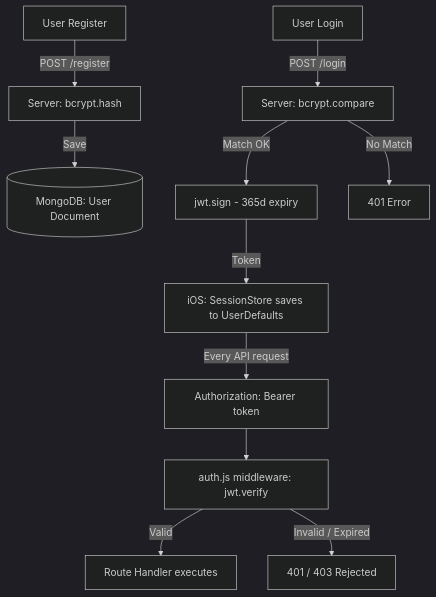
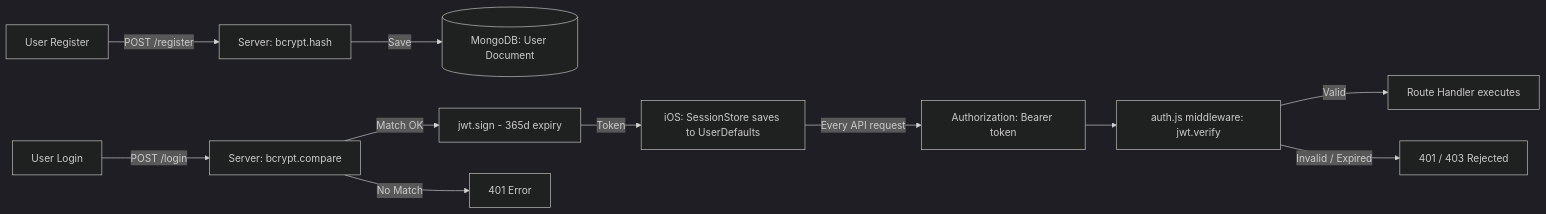
Before and after one commit to denizyakar/SoniApp: the second of 6 diagrams in README.md, drawn with Mermaid (dark theme). The commit also changed other lines of this file, not shown here.

````diff
--- a/README.md
+++ b/README.md
@@ -136,15 +136,15 @@
 ```mermaid
-flowchart TD
+flowchart LR
     A["User Register"] -->|"POST /register"| B["Server: bcrypt.hash"]
     B -->|"Save"| C[("MongoDB: User Document")]
 
     D["User Login"] -->|"POST /login"| E["Server: bcrypt.compare"]
     E -->|"Match OK"| F["jwt.sign - 365d expiry"]
     E -->|"No Match"| H["401 Error"]
     F -->|"Token"| G["iOS: SessionStore saves to UserDefaults"]
 
     G -->|"Every API request"| I["Authorization: Bearer token"]
     I --> J["auth.js middleware: jwt.verify"]
     J -->|"Valid"| K["Route Handler executes"]
     J -->|"Invalid / Expired"| L["401 / 403 Rejected"]
 ```
````
